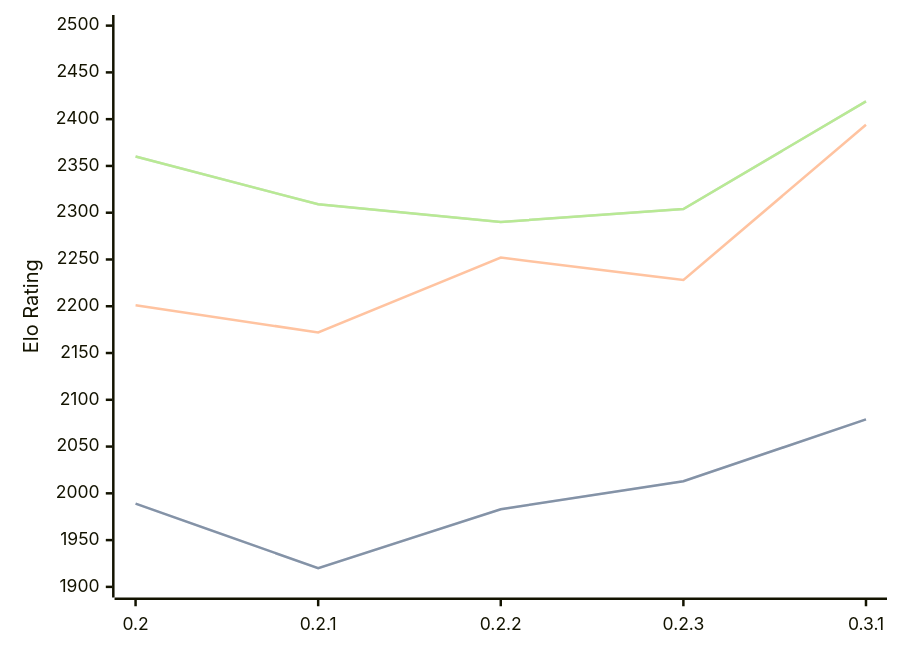
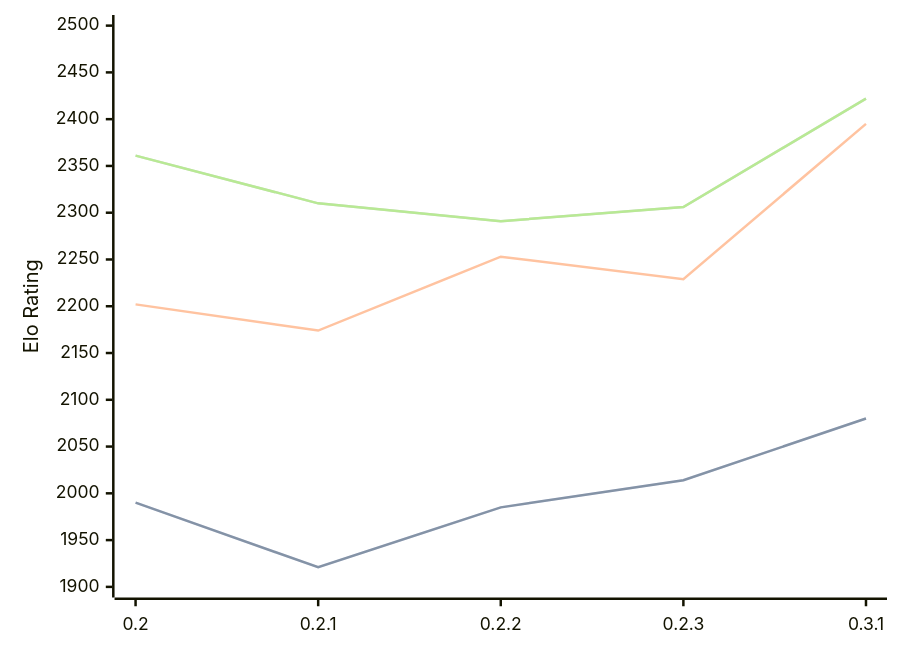
One commit to computer-chess-index/cci changed the diagram in engines/Lolbot.md. Above: the diagram before and after it, drawn with Mermaid. The commit also changed other lines of this file, not shown here.

Commit message:
Update CCI Ratings (ELO VLTC) - 2026-08-09

````diff
--- a/engines/Lolbot.md
+++ b/engines/Lolbot.md
@@ -35,11 +35,11 @@
 ```mermaid
 %%{init: {"theme":"base","themeVariables":{"seriesColors:['#a3a3a3','#222221','#faa371']}}}%%
 xychart-beta
   x-axis ["0.2", "0.2.1", "0.2.2", "0.2.3", "0.3.1"]
   y-axis "Elo Rating" 1900 --> 2500
-  line "STC (8.0+0.08s)" [1989, 1920, 1983, 2013, 2079]
-  line "STC (8.0+0.08s)" [1989, 1920, 1983, 2013, 2079]
-  line "LTC (60.0+0.60s)" [2201, 2172, 2252, 2228, 2394]
-  line "VLTC (2m24s+1.12s)" [2360, 2309, 2290, 2304, 2419]
-  line "VLTC (2m24s+1.12s)" [2360, 2309, 2290, 2304, 2419]
+  line "STC (8.0+0.08s)" [1990, 1921, 1985, 2014, 2080]
+  line "STC (8.0+0.08s)" [1990, 1921, 1985, 2014, 2080]
+  line "LTC (60.0+0.60s)" [2202, 2174, 2253, 2229, 2395]
+  line "VLTC (2m24s+1.12s)" [2361, 2310, 2291, 2306, 2422]
+  line "VLTC (2m24s+1.12s)" [2361, 2310, 2291, 2306, 2422]
 ```
````
